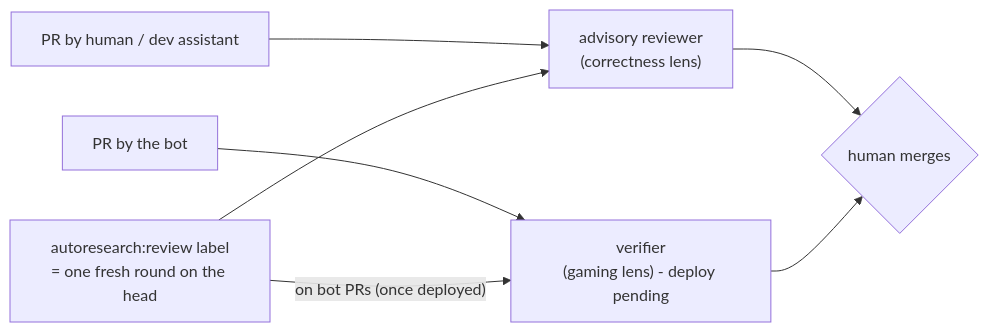
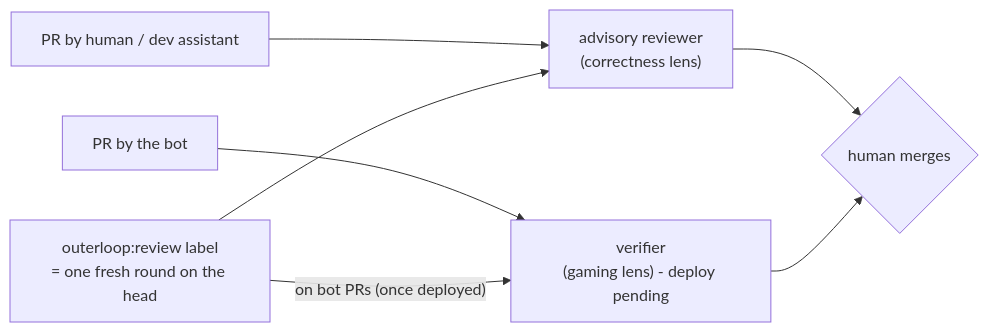
Before and after one commit to outerloop-science/outerloop: the fourth of 4 diagrams in docs/design/roles.md, drawn with Mermaid. The commit also changed 23 other files, not shown here.

First line of the commit message:
Labels and markers are outerloop:*; autoresearch:* still recognized

````diff
--- a/docs/design/roles.md
+++ b/docs/design/roles.md
@@ -189,9 +189,9 @@
 ```mermaid
 flowchart LR
     HPR["PR by human / dev assistant"] --> AR["advisory reviewer<br/>(correctness lens)"]
     BPR["PR by the bot"] --> VF["verifier<br/>(gaming lens) - deploy pending"]
     AR --> HM{human merges}
     VF --> HM
-    L["autoresearch:review label<br/>= one fresh round on the head"] --> AR
+    L["outerloop:review label<br/>= one fresh round on the head"] --> AR
     L -->|"on bot PRs (once deployed)"| VF
 ```
````
